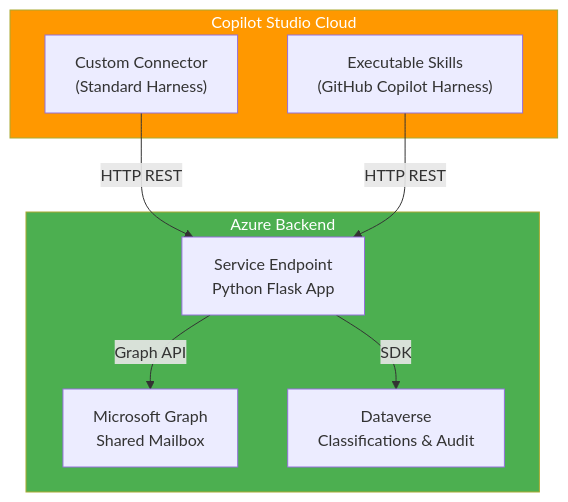
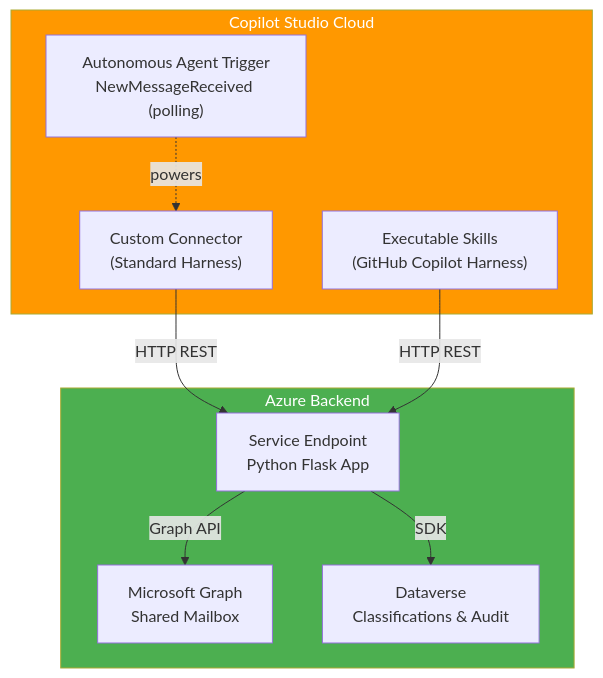
One commit to holgerimbery/bridge365 changed the diagram in README.md. Above: the diagram before and after it, drawn with Mermaid. The commit also changed other lines of this file and 6 other files, not shown here.

````diff
--- a/README.md
+++ b/README.md
@@ -55,19 +58,21 @@
 ```mermaid
 graph TB
     subgraph CopilotStudio["Copilot Studio Cloud"]
         CONN["Custom Connector<br/>(Standard Harness)"]
+        TRIG["Autonomous Agent Trigger<br/>NewMessageReceived (polling)"]
         EXSKILL["Executable Skills<br/>(GitHub Copilot Harness)"]
     end
-    
+
+    TRIG -.->|powers| CONN
     CONN -->|HTTP REST| BACKEND
     EXSKILL -->|HTTP REST| BACKEND
-    
+
     subgraph Azure["Azure Backend"]
         BACKEND["Service Endpoint<br/>Python Flask App"]
         BACKEND -->|Graph API| GRAPH["Microsoft Graph<br/>Shared Mailbox"]
         BACKEND -->|SDK| DV["Dataverse<br/>Classifications & Audit"]
     end
-    
+
     style CopilotStudio fill:#FF9800,color:#fff
     style Azure fill:#4CAF50,color:#fff
 ```
````
